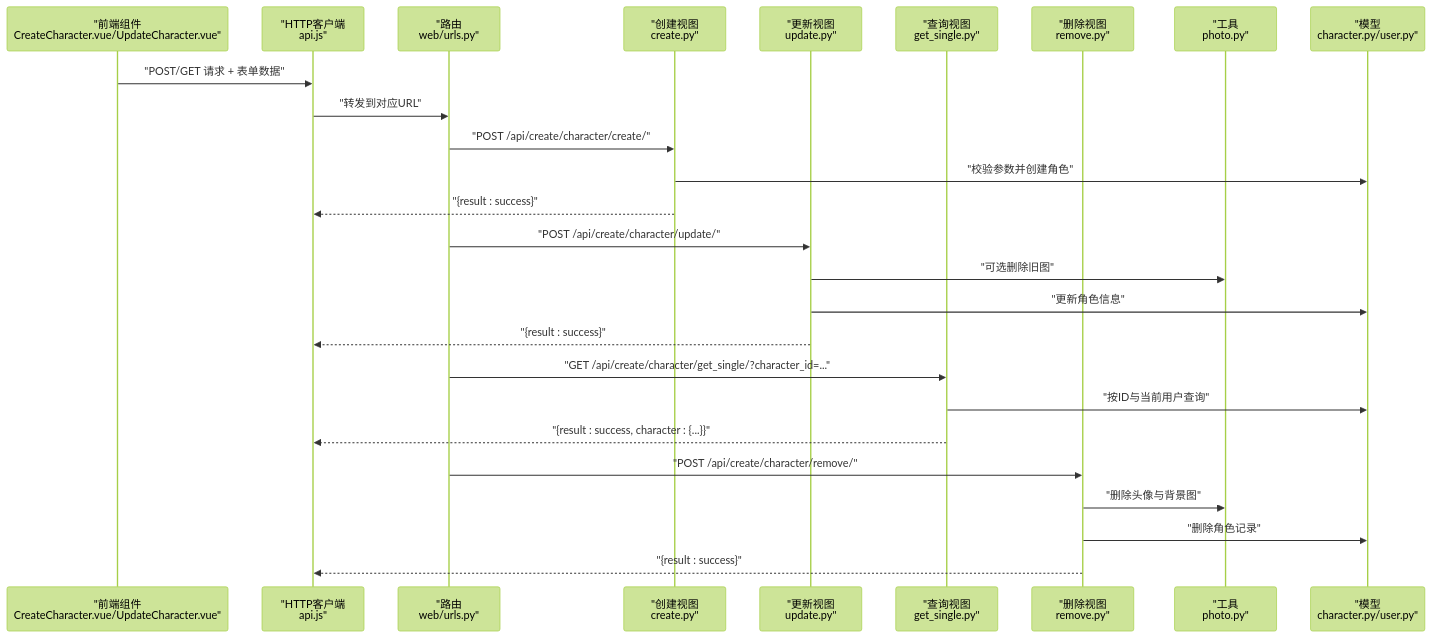
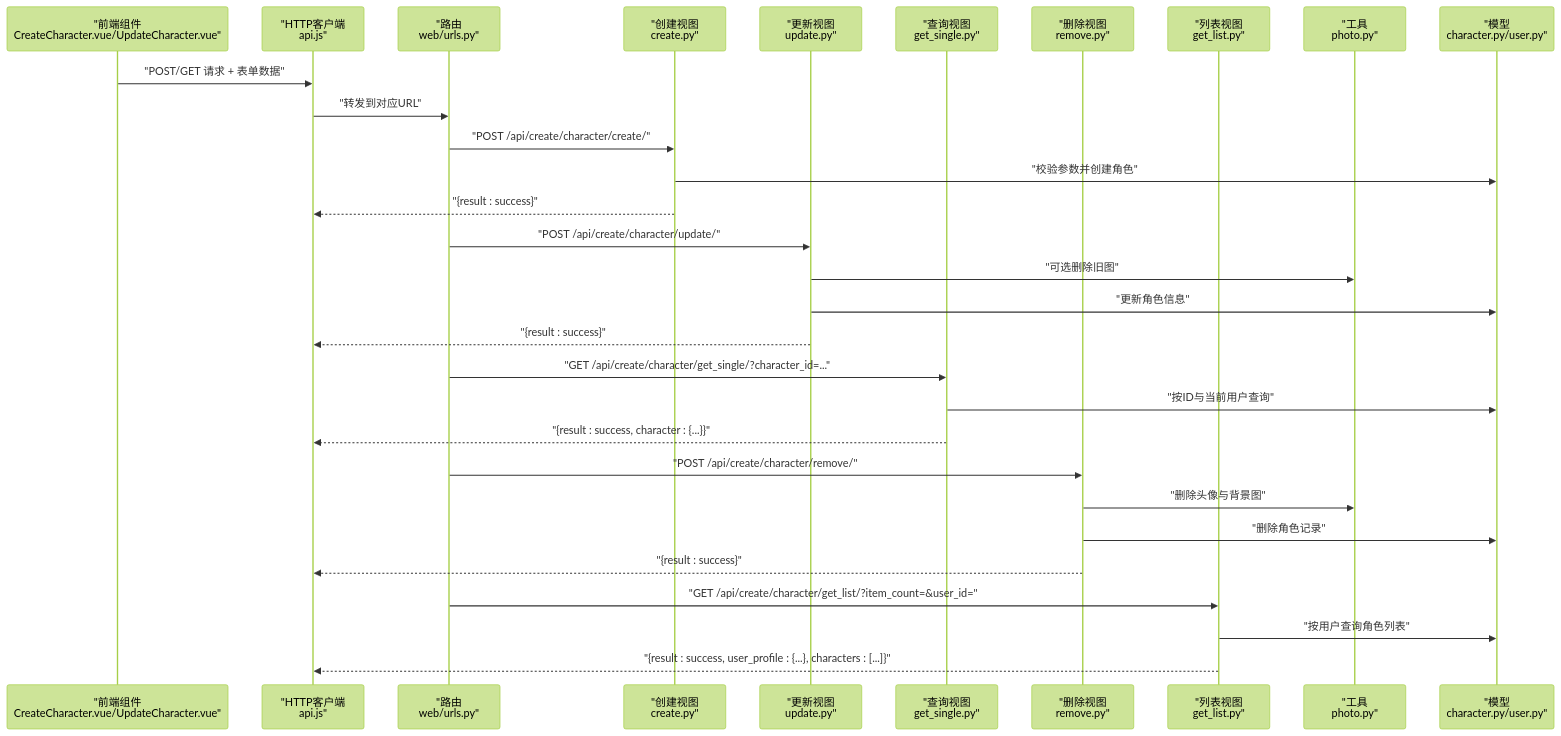
The second of 8 diagrams in .qoder/repowiki/zh/content/API接口文档/角色管理API.md (Blaipchi/LLM_AIfriends), drawn with Mermaid (forest theme) before and after one commit. The commit also changed other lines of this file and 13 other files, not shown here.

````diff
--- a/.qoder/repowiki/zh/content/API接口文档/角色管理API.md
+++ b/.qoder/repowiki/zh/content/API接口文档/角色管理API.md
@@ -118,28 +123,32 @@
 ```mermaid
 sequenceDiagram
 participant FE as "前端组件<br/>CreateCharacter.vue/UpdateCharacter.vue"
 participant HTTP as "HTTP客户端<br/>api.js"
 participant URL as "路由<br/>web/urls.py"
 participant VCreate as "创建视图<br/>create.py"
 participant VUpdate as "更新视图<br/>update.py"
 participant VGet as "查询视图<br/>get_single.py"
 participant VRemove as "删除视图<br/>remove.py"
+participant VList as "列表视图<br/>get_list.py"
 participant Util as "工具<br/>photo.py"
 participant Model as "模型<br/>character.py/user.py"
 FE->>HTTP : "POST/GET 请求 + 表单数据"
 HTTP->>URL : "转发到对应URL"
 URL->>VCreate : "POST /api/create/character/create/"
 VCreate->>Model : "校验参数并创建角色"
 VCreate-->>HTTP : "{result : success}"
 URL->>VUpdate : "POST /api/create/character/update/"
 VUpdate->>Util : "可选删除旧图"
 VUpdate->>Model : "更新角色信息"
 VUpdate-->>HTTP : "{result : success}"
 URL->>VGet : "GET /api/create/character/get_single/?character_id=..."
 VGet->>Model : "按ID与当前用户查询"
 VGet-->>HTTP : "{result : success, character : {...}}"
 URL->>VRemove : "POST /api/create/character/remove/"
 VRemove->>Util : "删除头像与背景图"
 VRemove->>Model : "删除角色记录"
 VRemove-->>HTTP : "{result : success}"
+URL->>VList : "GET /api/create/character/get_list/?item_count=&user_id="
+VList->>Model : "按用户查询角色列表"
+VList-->>HTTP : "{result : success, user_profile : {...}, characters : [...]}"
 ```
````
